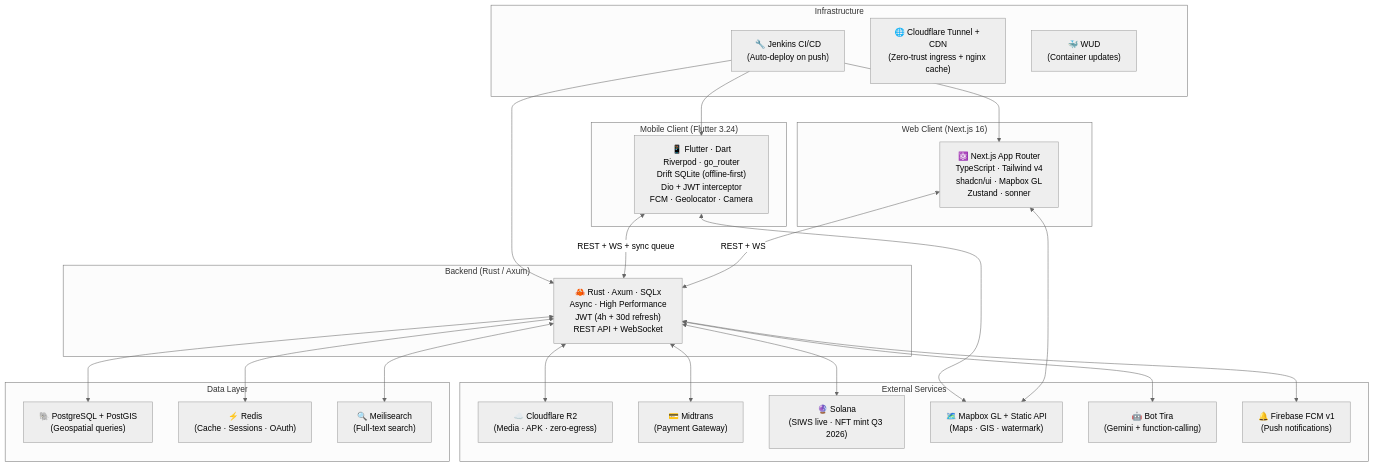
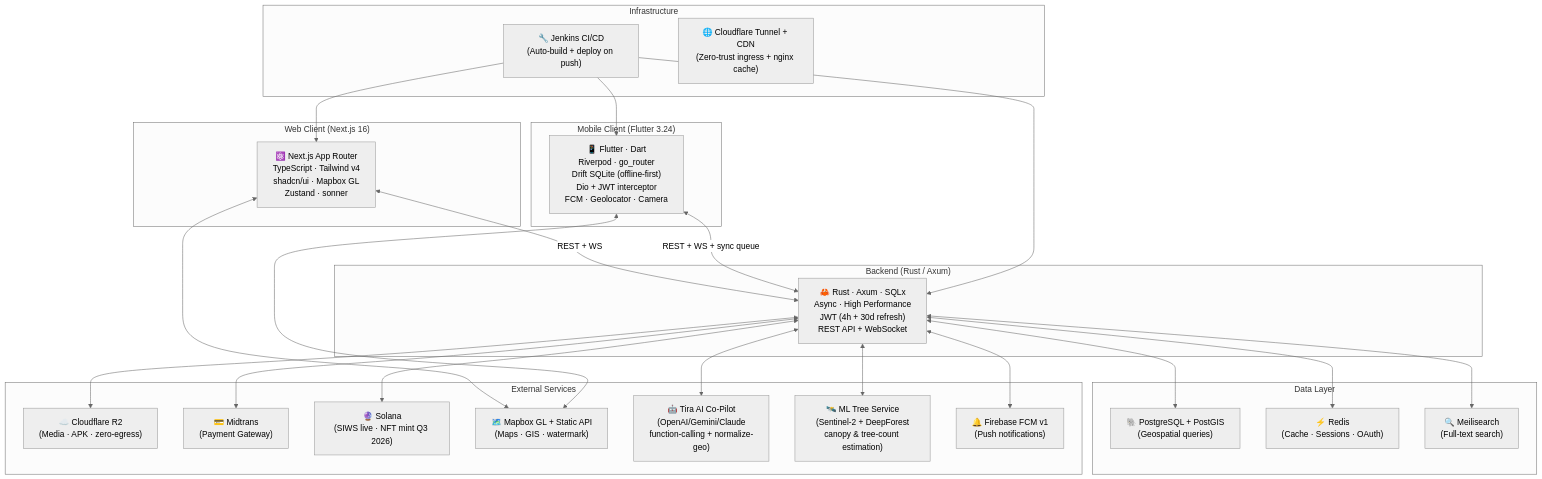
One commit to ajarka/public-documentation changed the eighth of 10 diagrams in AdopTreeWorld/prd/PRD-AdopTree-Investor.md. Above: the diagram before and after it, drawn with Mermaid (neutral theme). The commit also changed other lines of this file, not shown here.

First line of the commit message:
docs(prd): update Investor Edition to v2.5 — Tira AI Co-Pilot release

````diff
--- a/AdopTreeWorld/prd/PRD-AdopTree-Investor.md
+++ b/AdopTreeWorld/prd/PRD-AdopTree-Investor.md
@@ -854,39 +887,39 @@
 ```mermaid
 graph TB
     subgraph "Web Client (Next.js 16)"
         FE["⚛️ Next.js App Router<br/>TypeScript · Tailwind v4<br/>shadcn/ui · Mapbox GL<br/>Zustand · sonner"]
     end
     subgraph "Mobile Client (Flutter 3.24)"
         MO["📱 Flutter · Dart<br/>Riverpod · go_router<br/>Drift SQLite (offline-first)<br/>Dio + JWT interceptor<br/>FCM · Geolocator · Camera"]
     end
     subgraph "Backend (Rust / Axum)"
         BE["🦀 Rust · Axum · SQLx<br/>Async · High Performance<br/>JWT (4h + 30d refresh)<br/>REST API + WebSocket"]
     end
     subgraph "Data Layer"
         DB["🐘 PostgreSQL + PostGIS<br/>(Geospatial queries)"]
         RD["⚡ Redis<br/>(Cache · Sessions · OAuth)"]
         MS["🔍 Meilisearch<br/>(Full-text search)"]
     end
     subgraph "External Services"
         R2["☁️ Cloudflare R2<br/>(Media · APK · zero-egress)"]
         MT["💳 Midtrans<br/>(Payment Gateway)"]
         SOL["🔮 Solana<br/>(SIWS live · NFT mint Q3 2026)"]
         MB["🗺️ Mapbox GL + Static API<br/>(Maps · GIS · watermark)"]
-        BOT["🤖 Bot Tira<br/>(Gemini + function-calling)"]
+        BOT["🤖 Tira AI Co-Pilot<br/>(OpenAI/Gemini/Claude<br/>function-calling + normalize-geo)"]
+        ML["🛰️ ML Tree Service<br/>(Sentinel-2 + DeepForest<br/>canopy & tree-count estimation)"]
         FCM["🔔 Firebase FCM v1<br/>(Push notifications)"]
     end
     subgraph "Infrastructure"
-        CI["🔧 Jenkins CI/CD<br/>(Auto-deploy on push)"]
+        CI["🔧 Jenkins CI/CD<br/>(Auto-build + deploy on push)"]
         CF["🌐 Cloudflare Tunnel + CDN<br/>(Zero-trust ingress + nginx cache)"]
-        WUD["🐳 WUD<br/>(Container updates)"]
     end
 
     FE <-->|REST + WS| BE
     MO <-->|REST + WS + sync queue| BE
     BE <--> DB & RD & MS
     BE <--> R2 & MT & SOL & FCM
     FE <--> MB
     MO <--> MB
-    BE <--> BOT
+    BE <--> BOT & ML
     CI --> FE & BE & MO
 ```
````
